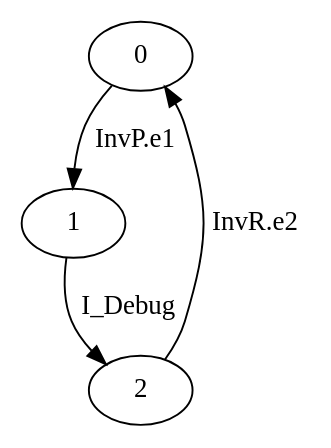
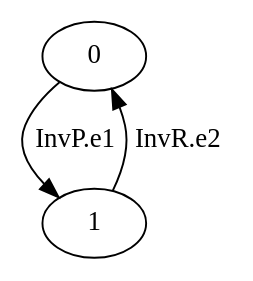
The diagram in src/gmidarch/development/repositories/dot/Core.dot (gfads/midarch), drawn with Graphviz before and after one commit. The commit also changed 13 other files, not shown here.

```diff
--- a/src/gmidarch/development/repositories/dot/Core.dot
+++ b/src/gmidarch/development/repositories/dot/Core.dot
@@ -1,5 +1,4 @@
 digraph G {
   0 -> 1 [ label="InvP.e1" ];
-  1 -> 2 [ label="I_Debug" ];
-  2 -> 0 [ label="InvR.e2" ];
+  1 -> 0 [ label="InvR.e2" ];
 }
```
